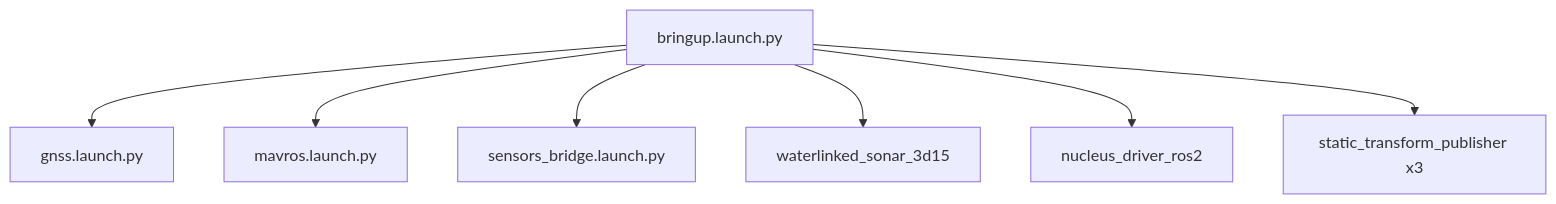
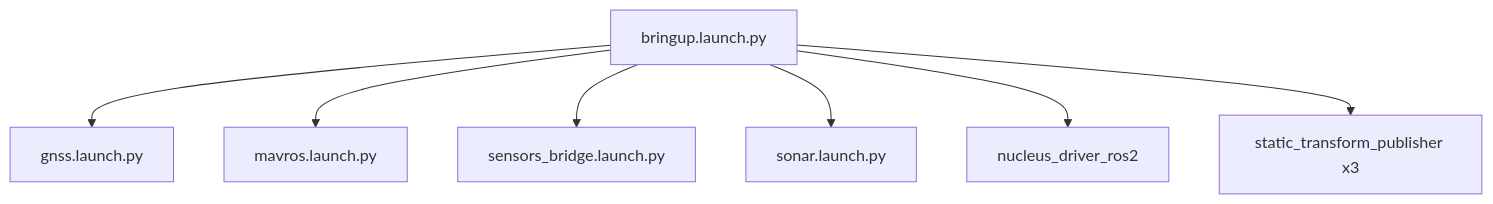
Before and after one commit to PinchyFamily/mr_pinchy_bringup: the diagram in README.md, drawn with Mermaid. The commit also changed other lines of this file and 5 other files, not shown here.

Commit message:
waterlinked params handled in bringup.launch.py and bringup config files.

````diff
--- a/README.md
+++ b/README.md
@@ -34,10 +35,10 @@
 ```mermaid
 flowchart TD
     bringup[bringup.launch.py]
     bringup --> gnss[gnss.launch.py]
     bringup --> mavros[mavros.launch.py]
     bringup --> bridges[sensors_bridge.launch.py]
-    bringup --> sonarExt[waterlinked_sonar_3d15]
+    bringup --> sonar[sonar.launch.py]
     bringup --> nucleusExt[nucleus_driver_ros2]
     bringup --> staticTF["static_transform_publisher x3"]
 ```
````
